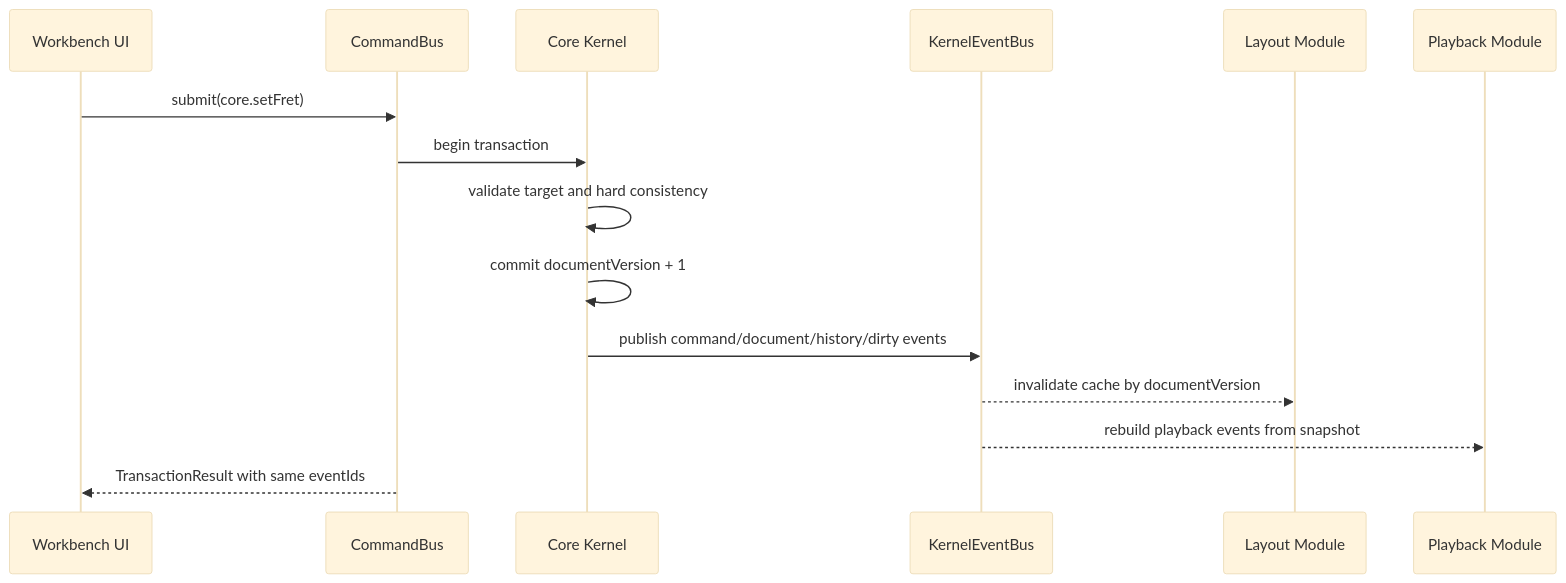
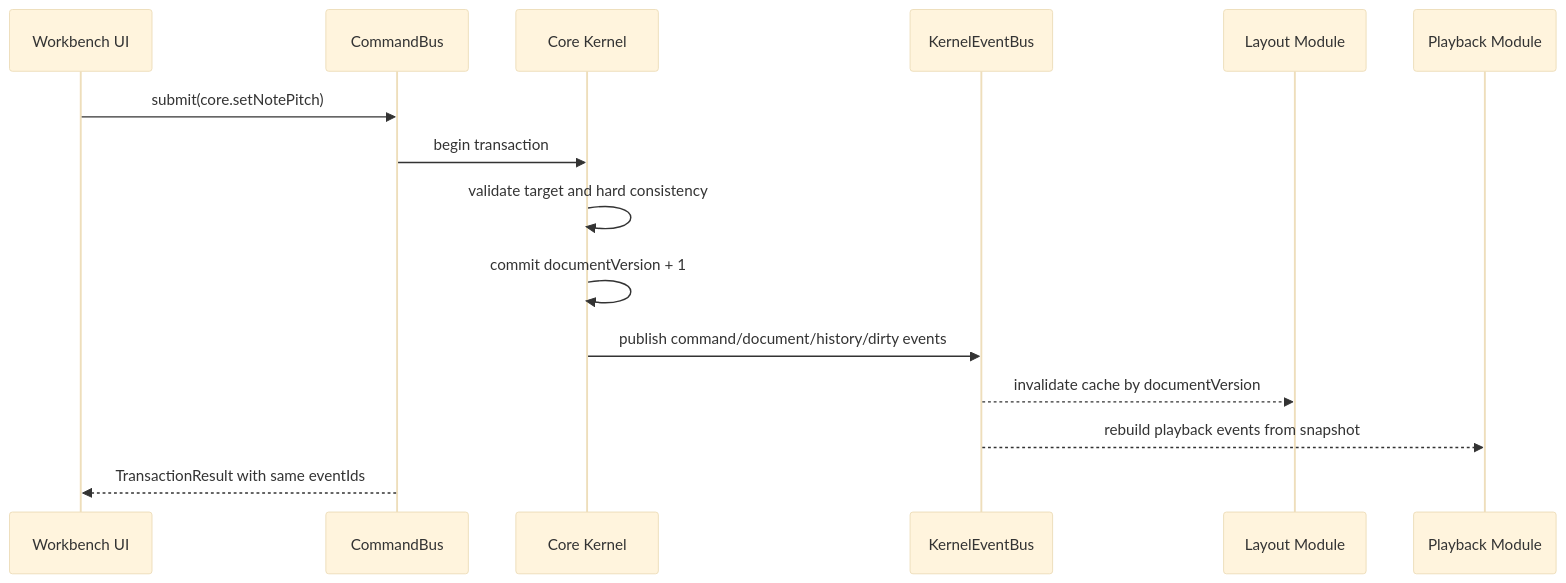
One commit to FFFAKKK/Brilliant-Guitar changed the first of 3 diagrams in .trellis/tasks/06-29-commercial-guitar-tablature-product/specs/SPEC-014-kernel-snapshot-events.md. Above: the diagram before and after it, drawn with Mermaid (base theme). The commit also changed 23 other files, not shown here.

````diff
--- a/.trellis/tasks/06-29-commercial-guitar-tablature-product/specs/SPEC-014-kernel-snapshot-events.md
+++ b/.trellis/tasks/06-29-commercial-guitar-tablature-product/specs/SPEC-014-kernel-snapshot-events.md
@@ -554,18 +554,18 @@
 ```mermaid
 sequenceDiagram
   participant UI as Workbench UI
   participant Cmd as CommandBus
   participant Kernel as Core Kernel
   participant Event as KernelEventBus
   participant Layout as Layout Module
   participant Playback as Playback Module
 
-  UI->>Cmd: submit(core.setFret)
+  UI->>Cmd: submit(core.setNotePitch)
   Cmd->>Kernel: begin transaction
   Kernel->>Kernel: validate target and hard consistency
   Kernel->>Kernel: commit documentVersion + 1
   Kernel->>Event: publish command/document/history/dirty events
   Event-->>Layout: invalidate cache by documentVersion
   Event-->>Playback: rebuild playback events from snapshot
   Cmd-->>UI: TransactionResult with same eventIds
 ```
````
